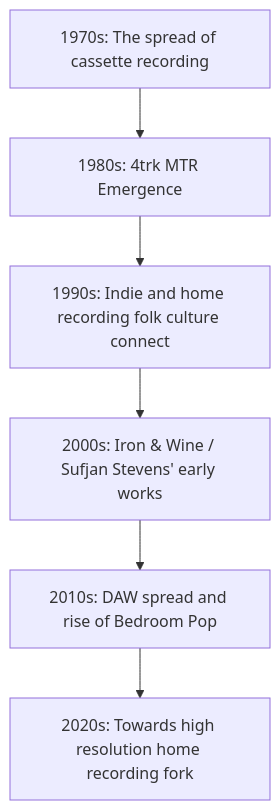
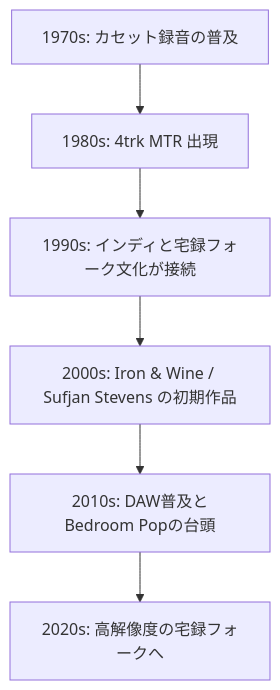
One commit to monumental-movement/monumental-movement.github.io changed the first of 2 diagrams in en/_posts/2025-12-12-column-lo-fi-folk-bedroom-folk.md. Above: the diagram before and after it, drawn with Mermaid. The commit also changed other lines of this file and 2196 other files, not shown here.

```diff
--- a/en/_posts/2025-12-12-column-lo-fi-folk-bedroom-folk.md
+++ b/en/_posts/2025-12-12-column-lo-fi-folk-bedroom-folk.md
@@ -160,8 +159,8 @@
 <div class="mermaid">
 flowchart TD
-    A["1970s: The spread of cassette recording"] --> B["1980s: 4trk MTR Emergence"]
-    B --> C["1990s: Indie and home recording folk culture connect"]
-    C --> D["2000s: Iron & Wine / Sufjan Stevens' early works"]
-    D --> E["2010s: DAW spread and rise of Bedroom Pop"]
-    E --> F["2020s: Towards high resolution home recording fork"]
+    A["1970s: カセット録音の普及"] --> B["1980s: 4trk MTR 出現"]
+    B --> C["1990s: インディと宅録フォーク文化が接続"]
+    C --> D["2000s: Iron & Wine / Sufjan Stevens の初期作品"]
+    D --> E["2010s: DAW普及とBedroom Popの台頭"]
+    E --> F["2020s: 高解像度の宅録フォークへ"]
 </div>
```
